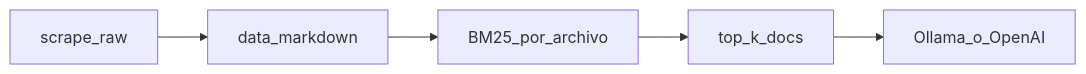
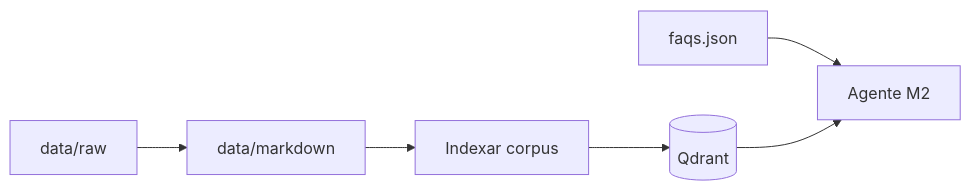
One commit to frankdaza/uao_ia_cd_tecnicas_avanzadas_ia changed the third of 3 diagrams in README.md. Above: the diagram before and after it, drawn with Mermaid. The commit also changed other lines of this file and 336 other files, not shown here.

````diff
--- a/README.md
+++ b/README.md
@@ -22,9 +116,8 @@
 ```mermaid
 flowchart LR
-  scrape[scrape_raw]
-  md[data_markdown]
-  bm25[BM25_por_archivo]
-  topk[top_k_docs]
-  llm[Ollama_o_OpenAI]
-  scrape --> md --> bm25 --> topk --> llm
+  raw[data/raw] --> md[data/markdown]
+  md --> idx[Indexar corpus]
+  idx --> qd[(Qdrant)]
+  faq[faqs.json] --> agente[Agente M2]
+  qd --> agente
 ```
````
